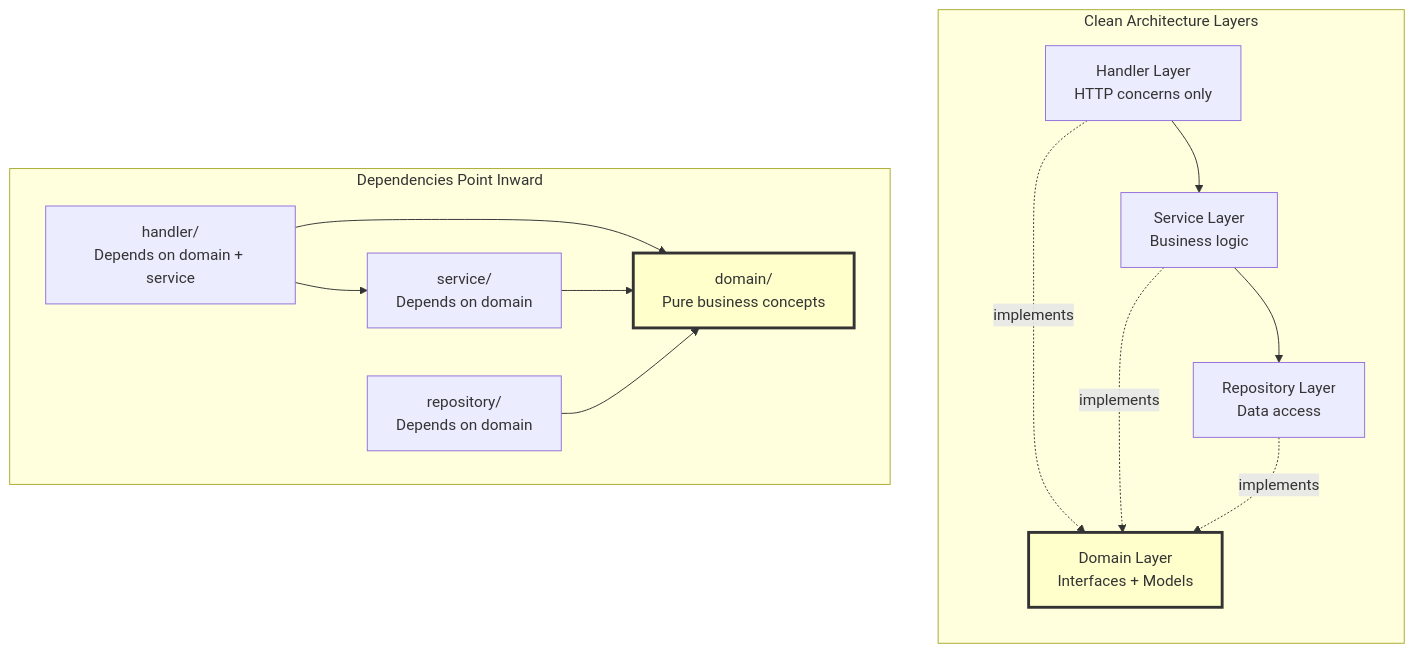
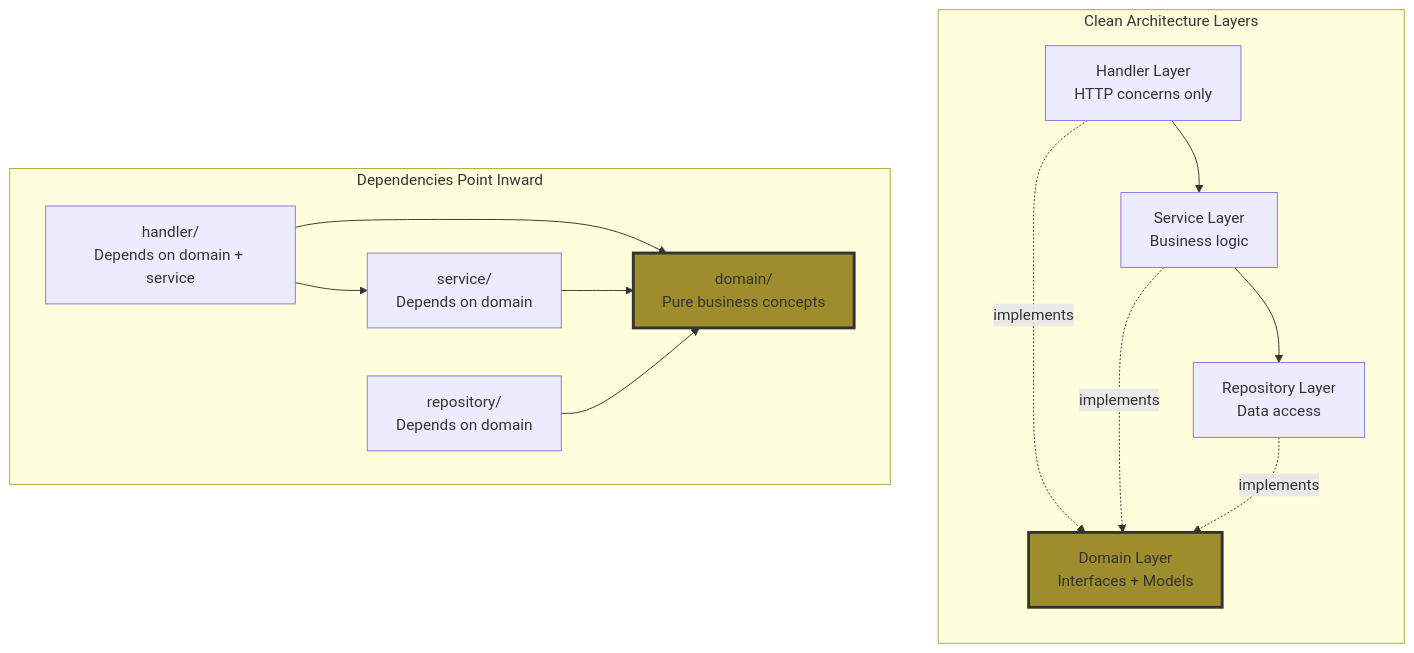
Before and after one commit to haowjy/meridian: the tenth of 13 diagrams in _docs/technical/backend/clean-architecture-guide.md, drawn with Mermaid. The commit also changed other lines of this file and 40 other files, not shown here.

````diff
--- a/_docs/technical/backend/clean-architecture-guide.md
+++ b/_docs/technical/backend/clean-architecture-guide.md
@@ -665,31 +665,31 @@
 ```mermaid
 graph TB
     subgraph "Clean Architecture Layers"
         direction TB
         Handler[Handler Layer<br/>HTTP concerns only]
         Service[Service Layer<br/>Business logic]
         Repo[Repository Layer<br/>Data access]
         Domain[Domain Layer<br/>Interfaces + Models]
 
         Handler --> Service
         Service --> Repo
         Handler -.implements.-> Domain
         Service -.implements.-> Domain
         Repo -.implements.-> Domain
     end
 
     subgraph "Dependencies Point Inward"
         Domain2[domain/<br/>Pure business concepts]
         Service2[service/<br/>Depends on domain]
         Repo2[repository/<br/>Depends on domain]
         Handler2[handler/<br/>Depends on domain + service]
 
         Handler2 --> Service2
         Handler2 --> Domain2
         Service2 --> Domain2
         Repo2 --> Domain2
     end
 
-    style Domain fill:#ffc,stroke:#333,stroke-width:3px
-    style Domain2 fill:#ffc,stroke:#333,stroke-width:3px
+    style Domain fill:#9d8d2d,stroke:#333,stroke-width:3px
+    style Domain2 fill:#9d8d2d,stroke:#333,stroke-width:3px
 ```
````
